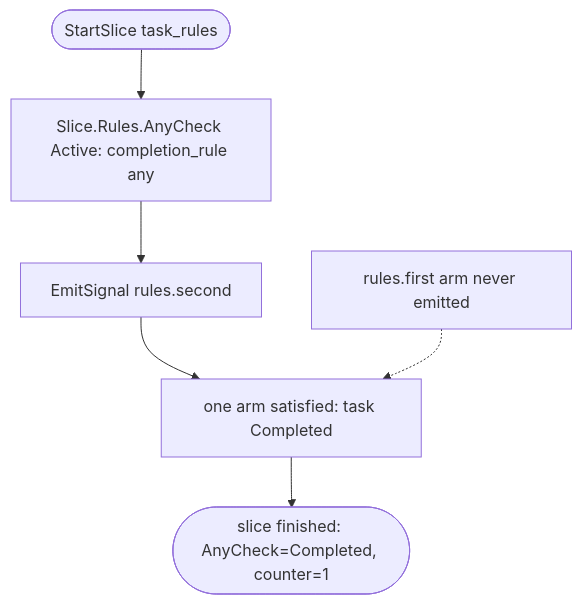
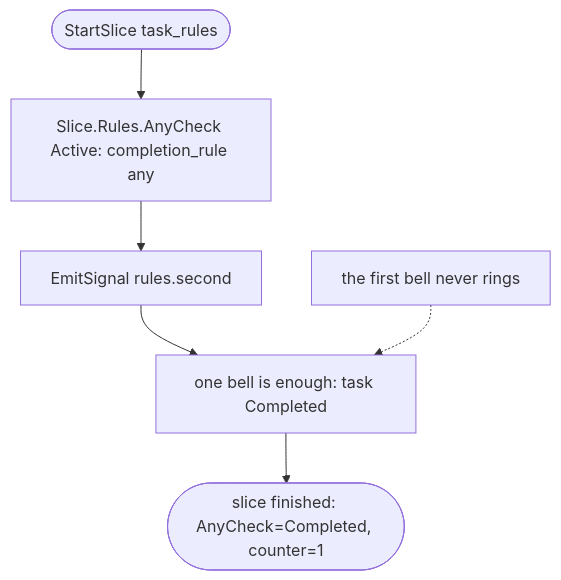
Before and after one commit to MightyBubble/Ludots: the diagram in artifacts/acceptance/narrative-slices/task_rules/path.mmd, drawn with Mermaid. The commit also changed 41 other files, not shown here.

```diff
--- a/artifacts/acceptance/narrative-slices/task_rules/path.mmd
+++ b/artifacts/acceptance/narrative-slices/task_rules/path.mmd
@@ -1,6 +1,6 @@
 flowchart TD
     start([StartSlice task_rules]) --> active[Slice.Rules.AnyCheck Active: completion_rule any]
     active --> emit[EmitSignal rules.second]
-    emit --> done[one arm satisfied: task Completed]
-    unused[rules.first arm never emitted] -.-> done
+    emit --> done[one bell is enough: task Completed]
+    unused[the first bell never rings] -.-> done
     done --> finish([slice finished: AnyCheck=Completed, counter=1])
```
